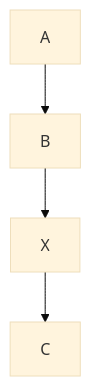
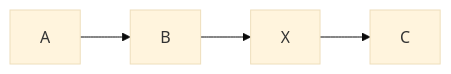
One commit to jiankychen/jiankychen.github.io changed the first of 2 diagrams in source/_posts/1-markdown.md. Above: the diagram before and after it, drawn with Mermaid (base theme).

````diff
--- a/source/_posts/1-markdown.md
+++ b/source/_posts/1-markdown.md
@@ -273,6 +273,6 @@
 ```mermaid
-graph TD;
+graph LR;
     A --> B;
     B --> X;
     X --> C;
 ```
````
